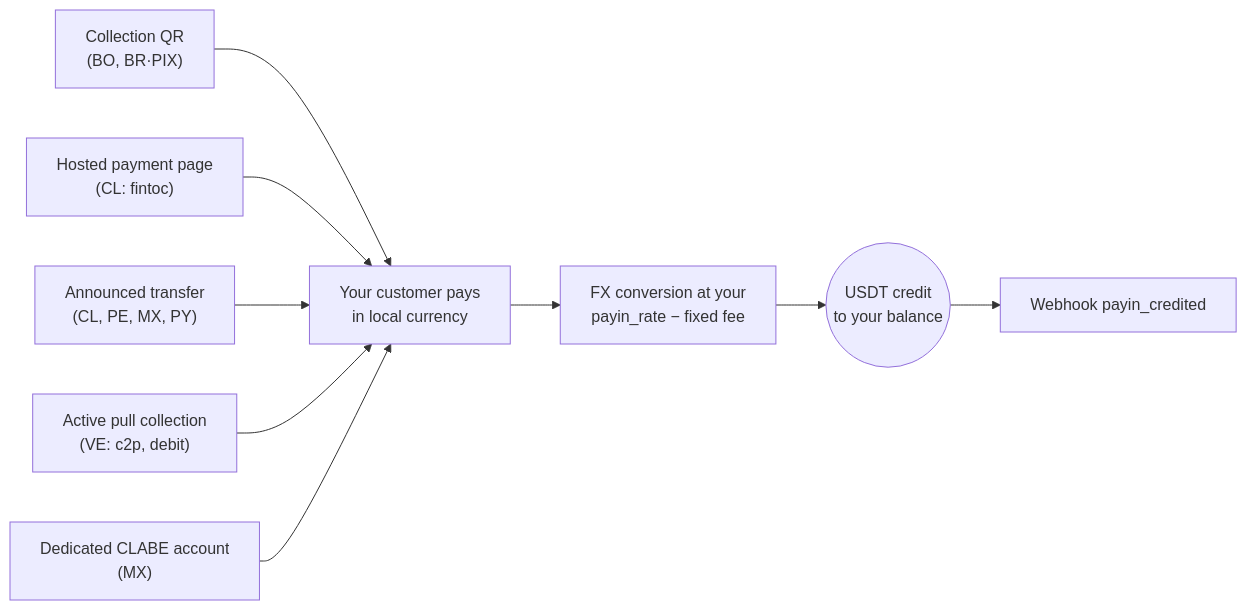
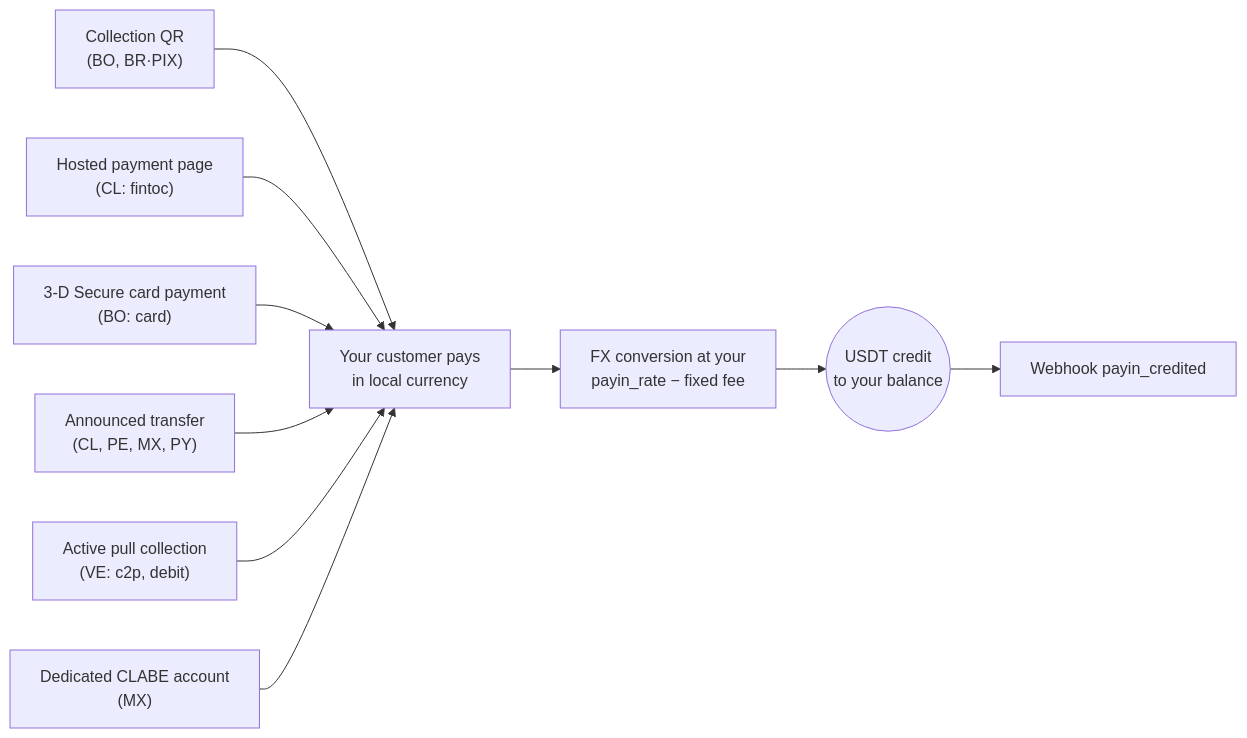
The diagram in en/guides/payins.mdx (SaturoS17/docs), drawn with Mermaid before and after one commit. The commit also changed other lines of this file and 13 other files, not shown here.

First line of the commit message:
docs: card payments (method card, BO) — hosted checkout with 3-D Secure

````diff
--- a/en/guides/payins.mdx
+++ b/en/guides/payins.mdx
@@ -15,11 +15,12 @@
 ```mermaid
 flowchart LR
     qr["Collection QR<br/>(BO, BR·PIX)"] --> pay["Your customer pays<br/>in local currency"]
     hosted["Hosted payment page<br/>(CL: fintoc)"] --> pay
+    card["3-D Secure card payment<br/>(BO: card)"] --> pay
     announced["Announced transfer<br/>(CL, PE, MX, PY)"] --> pay
     pull["Active pull collection<br/>(VE: c2p, debit)"] --> pay
     clabe["Dedicated CLABE account<br/>(MX)"] --> pay
     pay --> conv["FX conversion at your<br/>payin_rate − fixed fee"]
     conv --> credit(("USDT credit<br/>to your balance"))
     credit --> wh["Webhook payin_credited"]
 ```
````
